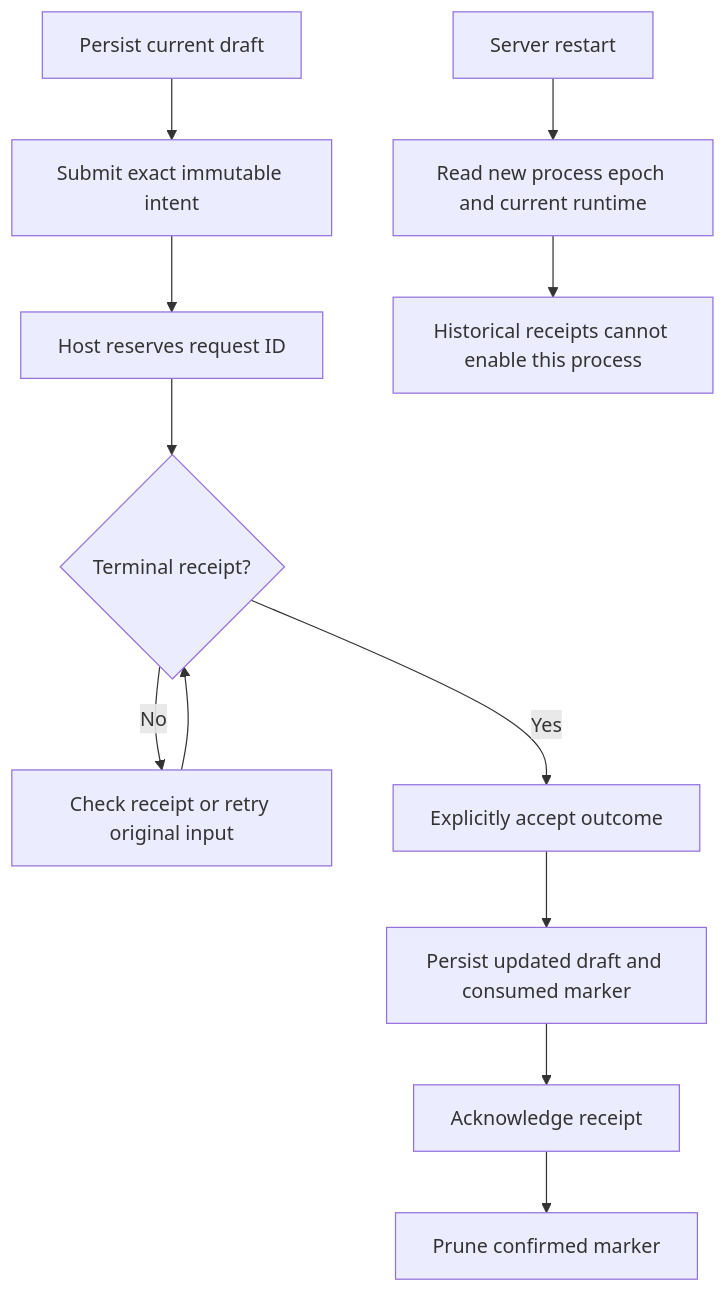
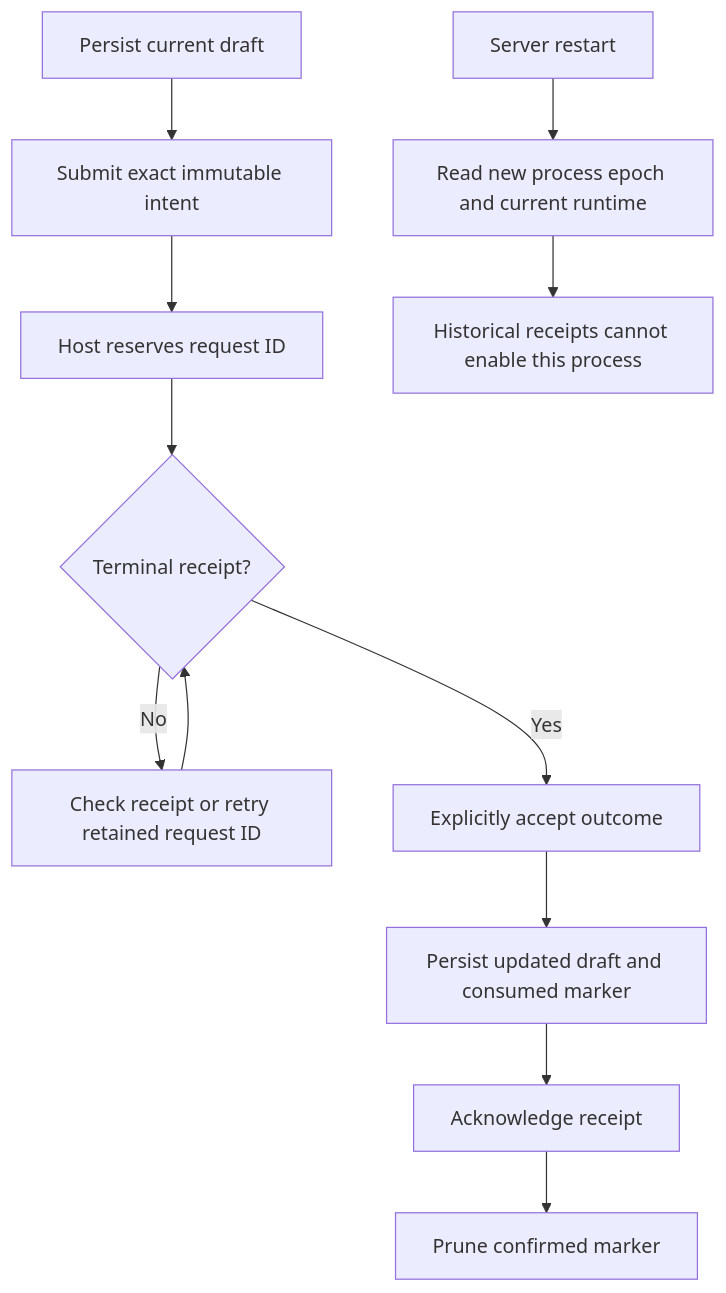
The diagram in src/plugins/source-settings/README.md (nloehlein-godaddy/helmsman), drawn with Mermaid before and after one commit. The commit also changed other lines of this file and 51 other files, not shown here.

````diff
--- a/src/plugins/source-settings/README.md
+++ b/src/plugins/source-settings/README.md
@@ -72,14 +72,14 @@
 ```mermaid
 flowchart TD
   Draft[Persist current draft] --> Submit[Submit exact immutable intent]
   Submit --> Journal[Host reserves request ID]
   Journal --> Outcome{Terminal receipt?}
-  Outcome -->|No| Pending[Check receipt or retry original input]
+  Outcome -->|No| Pending[Check receipt or retry retained request ID]
   Pending --> Outcome
   Outcome -->|Yes| Review[Explicitly accept outcome]
   Review --> Save[Persist updated draft and consumed marker]
   Save --> Ack[Acknowledge receipt]
   Ack --> Prune[Prune confirmed marker]
   Restart[Server restart] --> Runtime[Read new process epoch and current runtime]
   Runtime --> Disabled[Historical receipts cannot enable this process]
 ```
````
